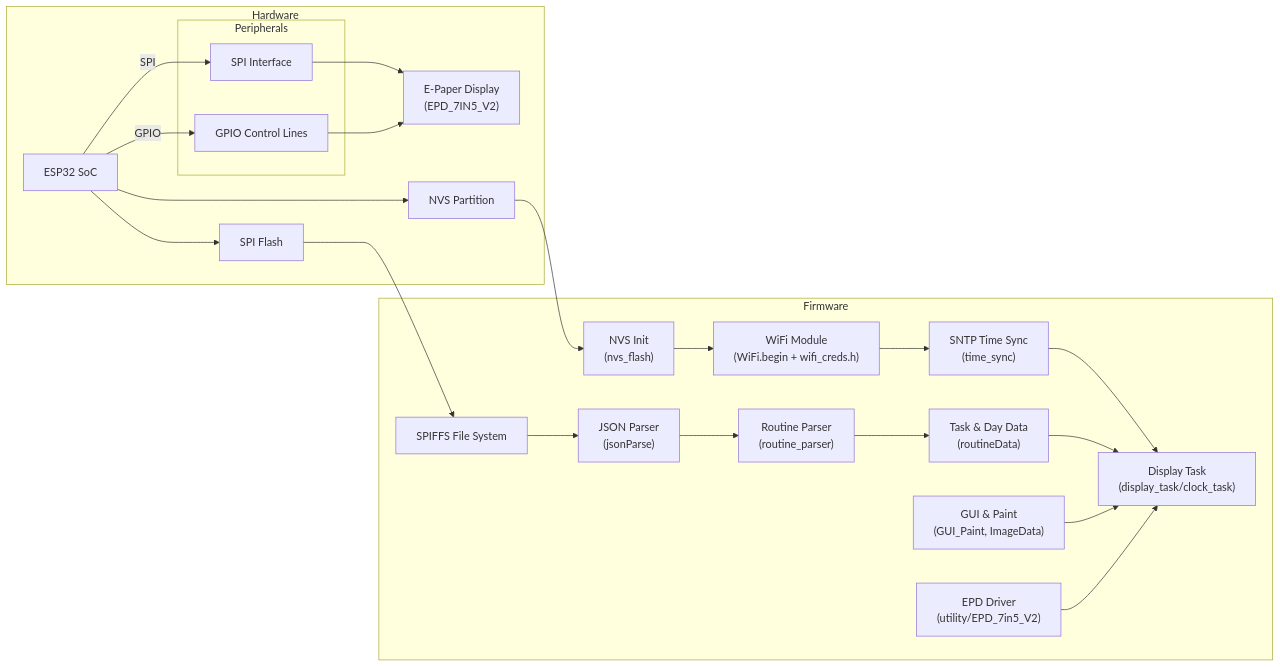
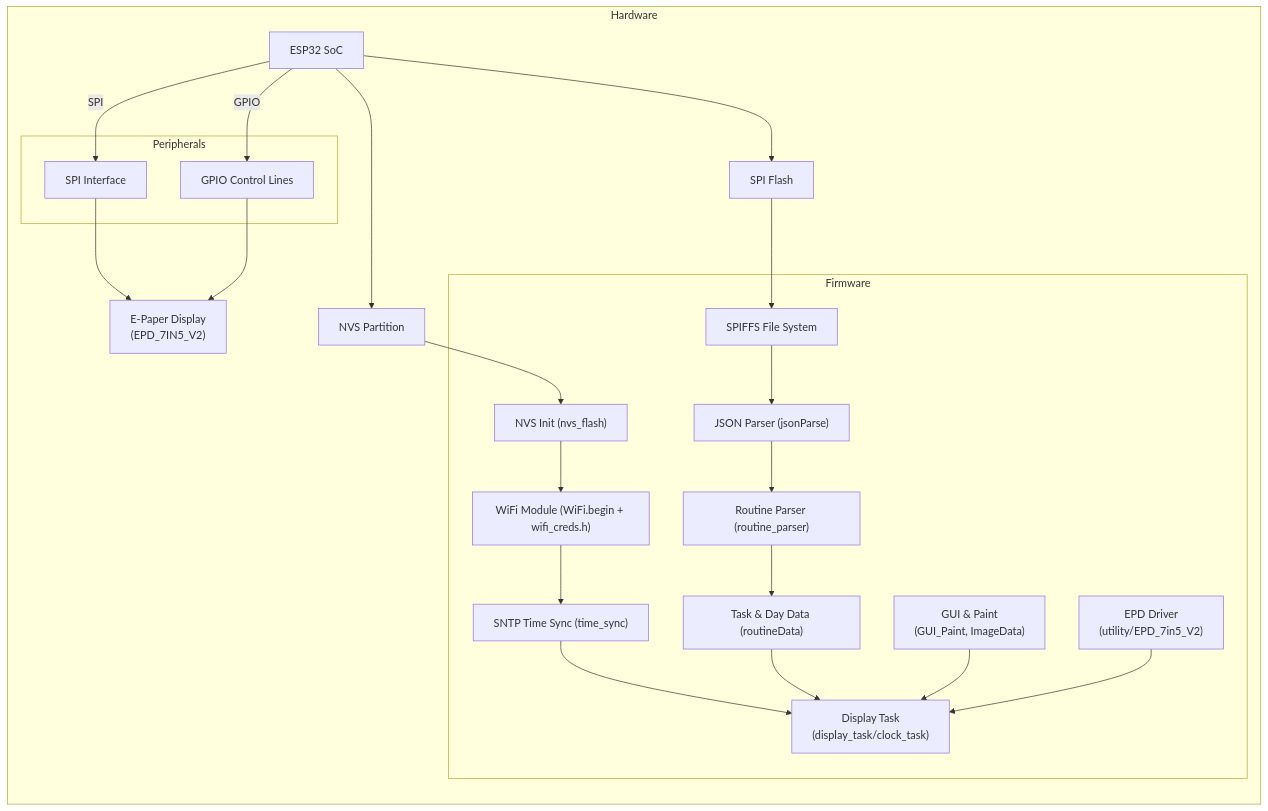
Before and after one commit to ackables/morning-person-esp32: the diagram in README.md, drawn with Mermaid.

Commit message:
mermaid diagram v3

````diff
--- a/README.md
+++ b/README.md
@@ -6,63 +6,56 @@
 ```mermaid
 flowchart LR
-    subgraph Hardware
-        ESP32["ESP32 SoC"]
-        EPD["E-Paper Display
-        (EPD_7IN5_V2)"]
-        FLASH["SPI Flash"]
-        NVS["NVS Partition"]
 
-        subgraph Peripherals
-            SPI_BUS["SPI Interface"]
-            GPIO["GPIO Control Lines"]
-        end
-    end
-
-
+  %% Hardware subgraph
+  subgraph Hardware
+    ESP32["ESP32 SoC"]
+    NVS["NVS Partition"]
+    EPD["E-Paper Display\n(EPD_7IN5_V2)"]
+    FLASH["SPI Flash"]
 
     subgraph Firmware
-        FS["SPIFFS File System"]
-        JSON["JSON Parser
-        (jsonParse)"]
-        ROUTINE["Routine Parser
-        (routine_parser)"]
-        DATA["Task & Day Data
-        (routineData)"]
-        NVS_INIT["NVS Init
-        (nvs_flash)"]
-        WIFI["WiFi Module
-        (WiFi.begin + wifi_creds.h)"]
-        SNTP["SNTP Time Sync
-        (time_sync)"]
-        DISPLAY["Display Task
-        (display_task/clock_task)"]
-        GUI["GUI & Paint
-        (GUI_Paint, ImageData)"]
-        EPD_DRV["EPD Driver
-        (utility/EPD_7in5_V2)"]
+    NVS_INIT["NVS Init (nvs_flash)"]
+    FS["SPIFFS File System"]
+    JSON["JSON Parser (jsonParse)"]
+    ROUTINE["Routine Parser (routine_parser)"]
+    DATA["Task & Day Data (routineData)"]
+    WIFI["WiFi Module (WiFi.begin + wifi_creds.h)"]
+    SNTP["SNTP Time Sync (time_sync)"]
+    DISPLAY["Display Task\n(display_task/clock_task)"]
+    GUI["GUI & Paint\n(GUI_Paint, ImageData)"]
+    EPD_DRV["EPD Driver\n(utility/EPD_7in5_V2)"]
+  end
+
+    subgraph Peripherals
+      SPI_BUS["SPI Interface"]
+      GPIO["GPIO Control Lines"]
     end
+    
+  end
 
-    %% Hardware connections
-    ESP32 -->|SPI| SPI_BUS
-    SPI_BUS --> EPD
-    ESP32 --> FLASH
-    FLASH --> FS
-    ESP32 --> NVS
-    NVS --> NVS_INIT
+  %% Draw your arrows
+  ESP32 -->|SPI| SPI_BUS
+  SPI_BUS --> EPD
+  ESP32 --> FLASH
+  FLASH --> FS
+  ESP32 --> NVS
 
-    %% Firmware flow
-    NVS_INIT --> WIFI
-    WIFI --> SNTP
-    SNTP --> DISPLAY
+  %% NOW this arrow has a clear “line of sight” to NVS_INIT above it
+  NVS --> NVS_INIT
 
-    FS --> JSON
-    JSON --> ROUTINE
-    ROUTINE --> DATA
-    DATA --> DISPLAY
+  %% firmware flow
+  NVS_INIT --> WIFI
+  WIFI --> SNTP
+  SNTP --> DISPLAY
 
-    GUI --> DISPLAY
-    EPD_DRV --> DISPLAY
+  FS --> JSON
+  JSON --> ROUTINE
+  ROUTINE --> DATA
+  DATA --> DISPLAY
 
-    ESP32 -->|GPIO| GPIO
-    GPIO --> EPD
+  GUI --> DISPLAY
+  EPD_DRV --> DISPLAY
+
+  ESP32 -->|GPIO| GPIO
+  GPIO --> EPD
 ```
````
